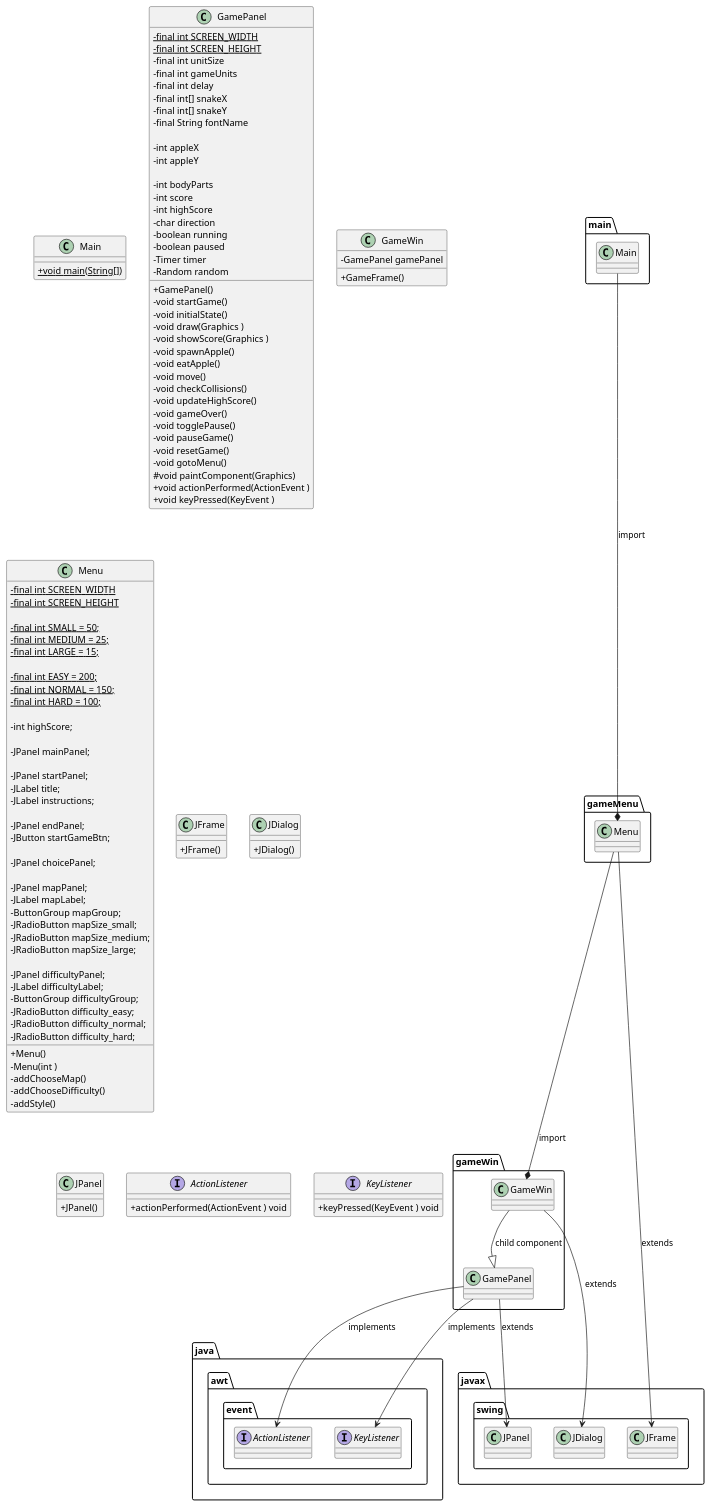
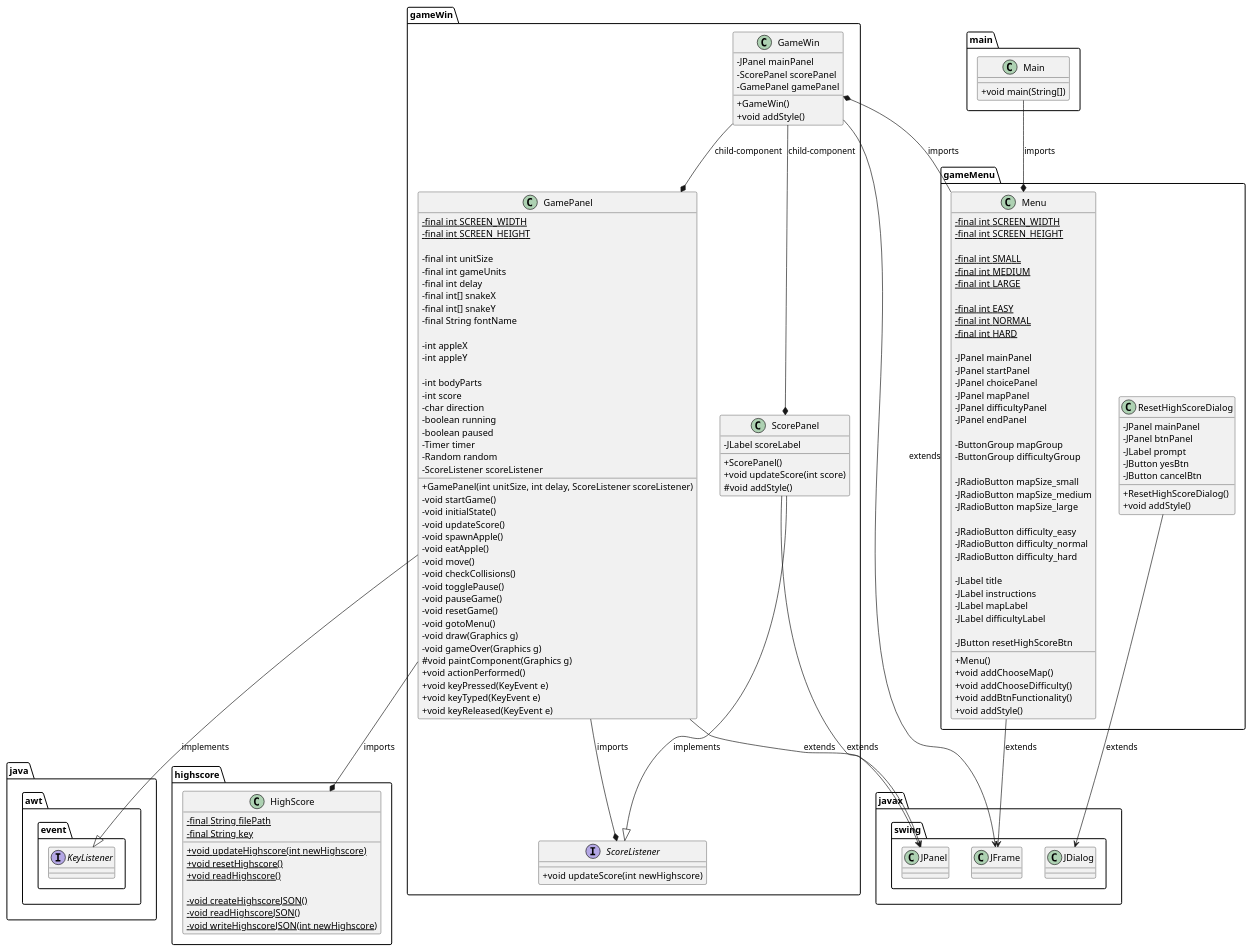
The diagram in docs/puml/gameClass.puml (ShaheerSharif/snake-game-4th-sem), drawn with PlantUML before and after one commit. The commit also changed 26 other files, not shown here.

```diff
--- a/docs/puml/gameClass.puml
+++ b/docs/puml/gameClass.puml
@@ -1,154 +1,190 @@
 @startuml gameClassDiagram
 
     skinparam classAttributeIconSize 0
 
+    gameMenu.ResetHighScoreDialog --> javax.swing.JDialog : extends
+    gameMenu.Menu --> javax.swing.JFrame : extends
+    gameWin.GameWin --> javax.swing.JFrame : extends
+    gameWin.GamePanel --> javax.swing.JPanel : extends
+    gameWin.ScorePanel --> javax.swing.JPanel : extends
+
+    gameWin.GamePanel --|> java.awt.event.KeyListener : implements
+    gameWin.ScorePanel --|> gameWin.ScoreListener : implements
+
+    gameWin.GameWin --* gameWin.ScorePanel : child-component
+    gameWin.GameWin --* gameWin.GamePanel : child-component
+
+    gameMenu.Menu -left-* gameWin.GameWin : imports
+    gameWin.GamePanel --* highscore.HighScore : imports
+    gameWin.GamePanel --* gameWin.ScoreListener : imports
+    main.Main --* gameMenu.Menu : imports
+
+    package main {
+        class Main
+    }
+
+    package gameMenu {
+        class gameMenu.Menu
+        class gameMenu.ResetHighScoreDialog
+    }
+
+    package gameWin {
+        class gameWin.GameWin
+        class gameWin.GamePanel
+        class gameWin.ScorePanel
+        interface gameWin.ScoreListener
+
+    }
+
+    package highscore {
+        class highscore.HighScore
+    }
+
     package javax.swing {
-        class JDialog
-        class JFrame
-        class JPanel
+        class javax.swing.JFrame
+        class javax.swing.JDialog
+        class javax.swing.JPanel
     }
 
     package java.awt.event {
-        interface ActionListener
-        interface KeyListener
+        interface java.awt.event.KeyListener
     }
 
-    package gameMenu {
-        class Menu
-        Menu --> JFrame : extends
+    class main.Main {
+        +void main(String[])
     }
 
-    package gameWin {
-        class GameWin
-        class GamePanel
-        Menu --* GameWin : import
-        GameWin --|> GamePanel : child component
-        GamePanel --> KeyListener : implements
-        GamePanel --> ActionListener : implements
-        GamePanel --> JPanel : extends
-        GameWin --> JDialog : extends
+    class gameMenu.Menu {
+        -final int {static} SCREEN_WIDTH
+        -final int {static} SCREEN_HEIGHT
+        
+        -final int {static} SMALL
+        -final int {static} MEDIUM
+        -final int {static} LARGE
+        
+        -final int {static} EASY
+        -final int {static} NORMAL
+        -final int {static} HARD
+
+        -JPanel mainPanel
+        -JPanel startPanel
+        -JPanel choicePanel
+        -JPanel mapPanel
+        -JPanel difficultyPanel
+        -JPanel endPanel
+
+        -ButtonGroup mapGroup
+        -ButtonGroup difficultyGroup
+
+        -JRadioButton mapSize_small
+        -JRadioButton mapSize_medium
+        -JRadioButton mapSize_large
+
+        -JRadioButton difficulty_easy
+        -JRadioButton difficulty_normal
+        -JRadioButton difficulty_hard
+
+        -JLabel title
+        -JLabel instructions
+        -JLabel mapLabel
+        -JLabel difficultyLabel
+
+        -JButton resetHighScoreBtn
+
+        +Menu()
+        +void addChooseMap()
+        +void addChooseDifficulty()
+        +void addBtnFunctionality()
+        +void addStyle()
     }
 
-    package main {
-        class Main
-        Main --* Menu : import
+    class gameMenu.ResetHighScoreDialog {
+        -JPanel mainPanel
+        -JPanel btnPanel
+        -JLabel prompt
+        -JButton yesBtn
+        -JButton cancelBtn
+
+        +ResetHighScoreDialog()
+        +void addStyle()
     }
 
-    class Main {
-        + {static} void main(String[])
+    class gameWin.GamePanel {
+        -final int {static} SCREEN_WIDTH
+        -final int {static} SCREEN_HEIGHT
+
+        -final int unitSize
+        -final int gameUnits
+        -final int delay
+        -final int[] snakeX
+        -final int[] snakeY
+        -final String fontName
+
+        -int appleX
+        -int appleY
+        
+        -int bodyParts
+        -int score
+        -char direction
+        -boolean running
+        -boolean paused
+        -Timer timer
+        -Random random
+        -ScoreListener scoreListener
+
+        +GamePanel(int unitSize, int delay, ScoreListener scoreListener)
+        -void startGame()
+        -void initialState()
+        -void updateScore()
+        -void spawnApple()
+        -void eatApple()
+        -void move()
+        -void checkCollisions()
+        -void togglePause()
+        -void pauseGame()
+        -void resetGame()
+        -void gotoMenu()
+        -void draw(Graphics g)
+        -void gameOver(Graphics g)
+        #void paintComponent(Graphics g)
+        +void actionPerformed()
+        +void keyPressed(KeyEvent e)
+        +void keyTyped(KeyEvent e)
+        +void keyReleased(KeyEvent e)
     }
 
-    class GamePanel {
-        - {static} final int SCREEN_WIDTH
-        - {static} final int SCREEN_HEIGHT
-        - final int unitSize
-        - final int gameUnits
-        - final int delay
-        - final int[] snakeX
-        - final int[] snakeY
-        - final String fontName
-
-        - int appleX
-        - int appleY
-
-        - int bodyParts
-        - int score
-        - int highScore
-        - char direction
-        - boolean running
-        - boolean paused
-        - Timer timer
-        - Random random
-
-        + GamePanel()
-        - void startGame()
-        - void initialState()
-        - void draw(Graphics )
-        - void showScore(Graphics )
-        - void spawnApple()
-        - void eatApple()
-        - void move()
-        - void checkCollisions()
-        - void updateHighScore()
-        - void gameOver()
-        - void togglePause()
-        - void pauseGame()
-        - void resetGame()
-        - void gotoMenu()
-        # void paintComponent(Graphics)
-        + void actionPerformed(ActionEvent )
-        + void keyPressed(KeyEvent )
+    class gameWin.ScorePanel {
+        -JLabel scoreLabel
+        
+        +ScorePanel()
+        +void updateScore(int score)
+        #void addStyle()
     }
 
-    class GameWin {
-        - GamePanel gamePanel
-        + GameFrame()
+    class gameWin.GameWin {
+        -JPanel mainPanel
+        -ScorePanel scorePanel
+        -GamePanel gamePanel
+
+        +GameWin()
+        +void addStyle()
     }
 
-    class Menu {
-        - {static} final int SCREEN_WIDTH
-        - {static} final int SCREEN_HEIGHT
+    class highscore.HighScore {
+        -final {static} String filePath
+        -final {static} String key
 
-        - {static} final int SMALL = 50;
-        - {static} final int MEDIUM = 25;
-        - {static} final int LARGE = 15;
-
-        - {static} final int EASY = 200;
-        - {static} final int NORMAL = 150;
-        - {static} final int HARD = 100;
-
-        - int highScore;
-
-        - JPanel mainPanel;
-
-        - JPanel startPanel;
-        - JLabel title;
-        - JLabel instructions;
-
-        - JPanel endPanel;
-        - JButton startGameBtn;
-
-        - JPanel choicePanel;
-
-        - JPanel mapPanel;
-        - JLabel mapLabel;
-        - ButtonGroup mapGroup;
-        - JRadioButton mapSize_small;
-        - JRadioButton mapSize_medium;
-        - JRadioButton mapSize_large;
-
-        - JPanel difficultyPanel;
-        - JLabel difficultyLabel;
-        - ButtonGroup difficultyGroup;
-        - JRadioButton difficulty_easy;
-        - JRadioButton difficulty_normal;
-        - JRadioButton difficulty_hard;
-
-        + Menu()
-        - Menu(int )
-        - addChooseMap()
-        - addChooseDifficulty()
-        - addStyle()
+        +{static} void updateHighscore(int newHighscore)
+        +{static} void resetHighscore()
+        +{static} void readHighscore()
+        
+        -{static} void createHighscoreJSON()
+        -{static} void readHighscoreJSON()
+        -{static} void writeHighscoreJSON(int newHighscore)
     }
 
-    class JFrame {
-        + JFrame()
-    }
-
-    class JDialog {
-        + JDialog()
-    }
-
-    class JPanel {
-        + JPanel()
-    }
-
-    interface ActionListener {
-        + actionPerformed(ActionEvent ) void
-    }
-
-    interface KeyListener {
-        + keyPressed(KeyEvent ) void
+    interface gameWin.ScoreListener {
+        +void updateScore(int newHighscore)
     }
 
 @enduml
```
